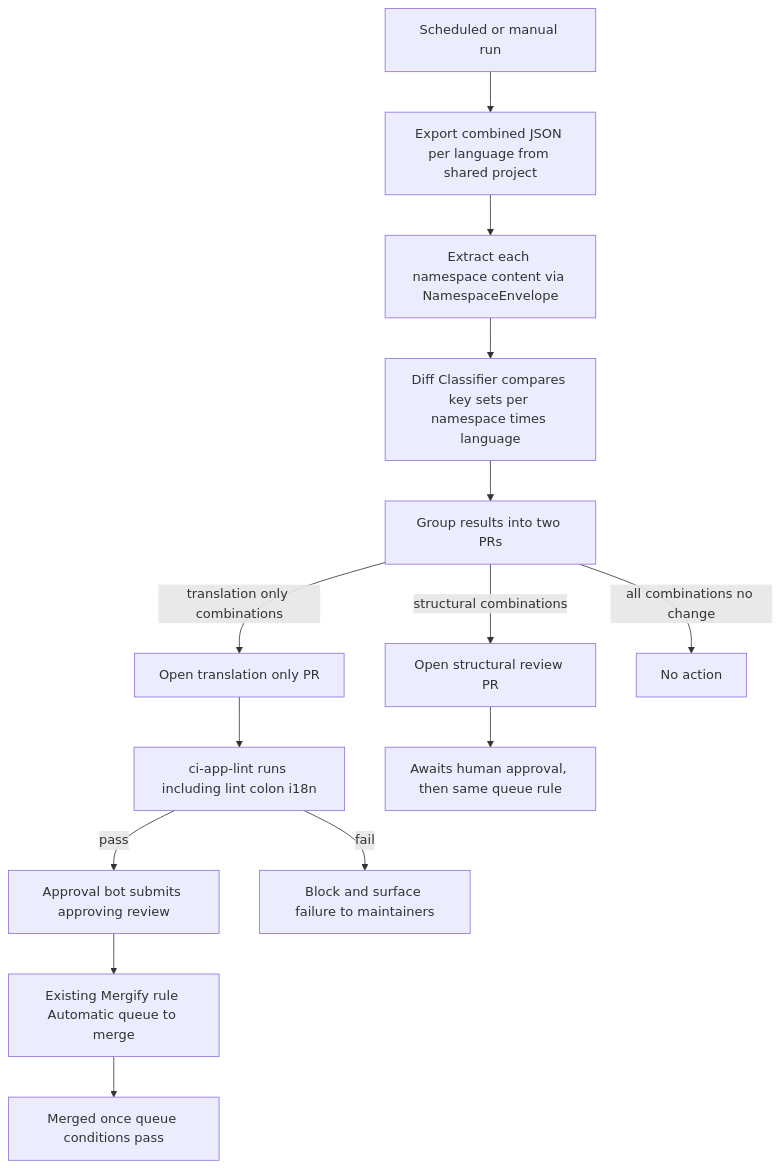
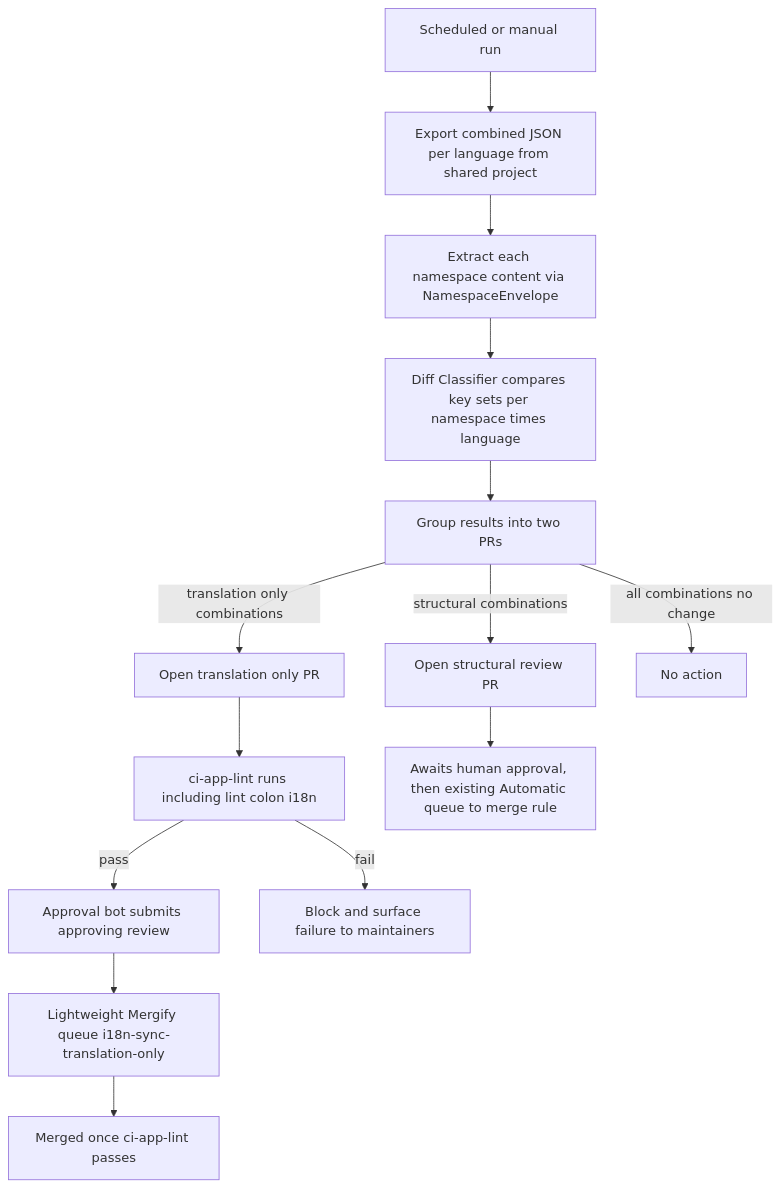
Before and after one commit to growilabs/growi: the third of 3 diagrams in .kiro/specs/i18n-community-translation/design.md, drawn with Mermaid. The commit also changed other lines of this file and 11 other files, not shown here.

````diff
--- a/.kiro/specs/i18n-community-translation/design.md
+++ b/.kiro/specs/i18n-community-translation/design.md
@@ -164,16 +164,16 @@
 ```mermaid
 flowchart TD
     Start[Scheduled or manual run] --> ExportLang[Export combined JSON per language from shared project]
     ExportLang --> Split[Extract each namespace content via NamespaceEnvelope]
     Split --> Classify[Diff Classifier compares key sets per namespace times language]
     Classify --> Group[Group results into two PRs]
     Group -->|translation only combinations| GatePR[Open translation only PR]
     Group -->|structural combinations| ReviewPR[Open structural review PR]
     Group -->|all combinations no change| Skip[No action]
     GatePR --> Gate1[ci-app-lint runs including lint colon i18n]
     Gate1 -->|pass| BotApprove[Approval bot submits approving review]
     Gate1 -->|fail| Block[Block and surface failure to maintainers]
-    BotApprove --> Queue[Existing Mergify rule Automatic queue to merge]
-    Queue --> Merged[Merged once queue conditions pass]
-    ReviewPR --> HumanReview[Awaits human approval, then same queue rule]
+    BotApprove --> Queue[Lightweight Mergify queue i18n-sync-translation-only]
+    Queue --> Merged[Merged once ci-app-lint passes]
+    ReviewPR --> HumanReview[Awaits human approval, then existing Automatic queue to merge rule]
 ```
````
